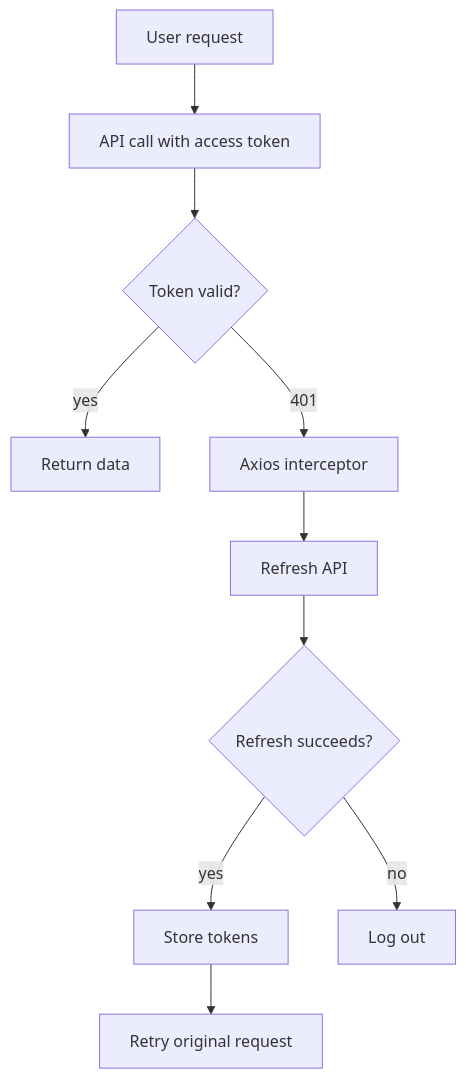
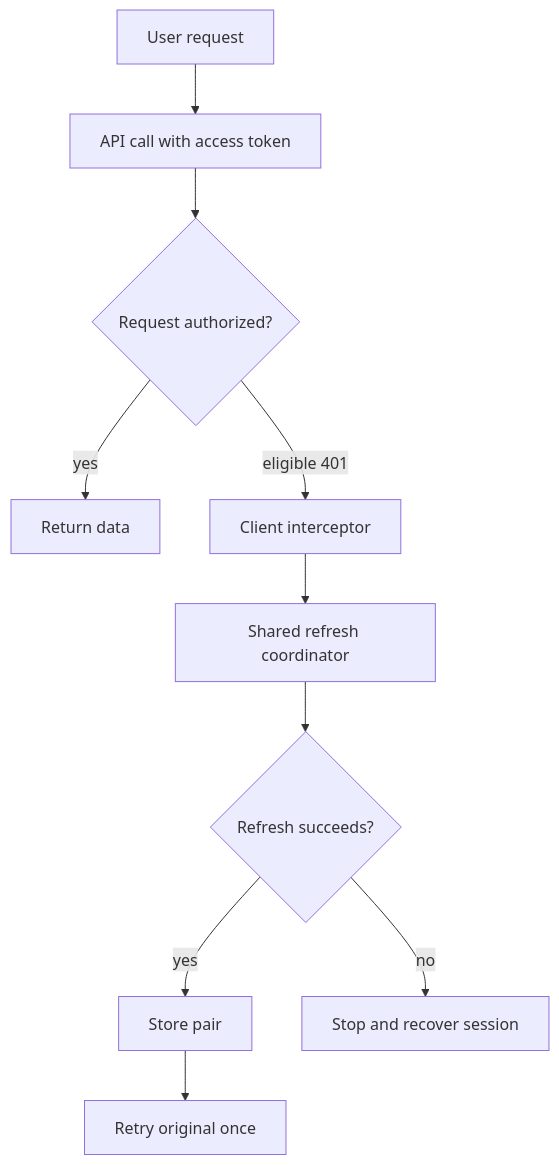
One commit to mhasabalah/StarterKit changed the first of 5 diagrams in wiki/Identity/jwt/TokenRefreshStrategies.md. Above: the diagram before and after it, drawn with Mermaid. The commit also changed other lines of this file and 7 other files, not shown here.

````diff
--- a/wiki/Identity/jwt/TokenRefreshStrategies.md
+++ b/wiki/Identity/jwt/TokenRefreshStrategies.md
@@ -40,11 +27,11 @@
 ```mermaid
 flowchart TB
   U[User request] --> A[API call with access token]
-  A --> V{Token valid?}
+  A --> V{Request authorized?}
   V -->|yes| D[Return data]
-  V -->|401| I[Axios interceptor]
-  I --> R[Refresh API]
+  V -->|eligible 401| I[Client interceptor]
+  I --> R[Shared refresh coordinator]
   R --> S{Refresh succeeds?}
-  S -->|yes| T[Store tokens] --> Q[Retry original request]
-  S -->|no| L[Log out]
+  S -->|yes| T[Store pair] --> Q[Retry original once]
+  S -->|no| L[Stop and recover session]
 ```
````
